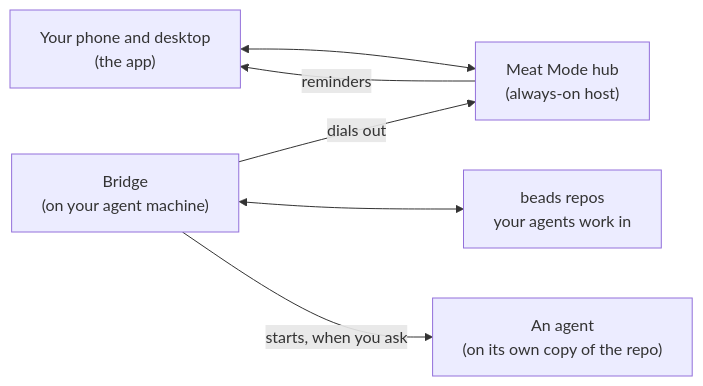
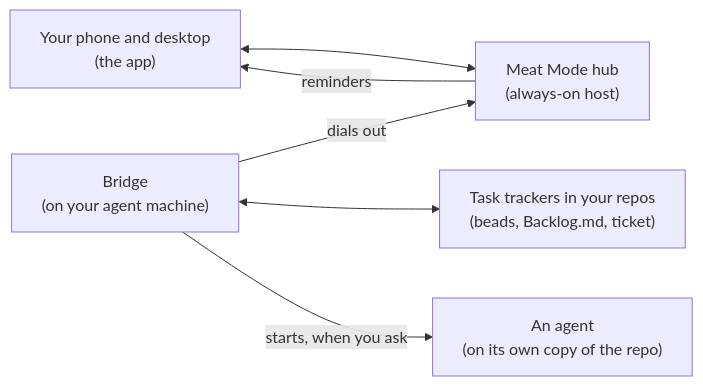
Before and after one commit to yourfriendaaron/meat-mode: the diagram in README.md, drawn with Mermaid. The commit also changed other lines of this file and 1 other file, not shown here.

First line of the commit message:
README: trackers and harnesses it works with, tags, files, month view, export

````diff
--- a/README.md
+++ b/README.md
@@ -28,8 +29,8 @@
 ```mermaid
 flowchart LR
   phone["Your phone and desktop<br/>(the app)"] <--> hub["Meat Mode hub<br/>(always-on host)"]
   hub -- reminders --> phone
   bridge["Bridge<br/>(on your agent machine)"] -- dials out --> hub
-  bridge <--> beads["beads repos<br/>your agents work in"]
+  bridge <--> beads["Task trackers in your repos<br/>(beads, Backlog.md, ticket)"]
   bridge -- "starts, when you ask" --> agent["An agent<br/>(on its own copy of the repo)"]
 ```
````
